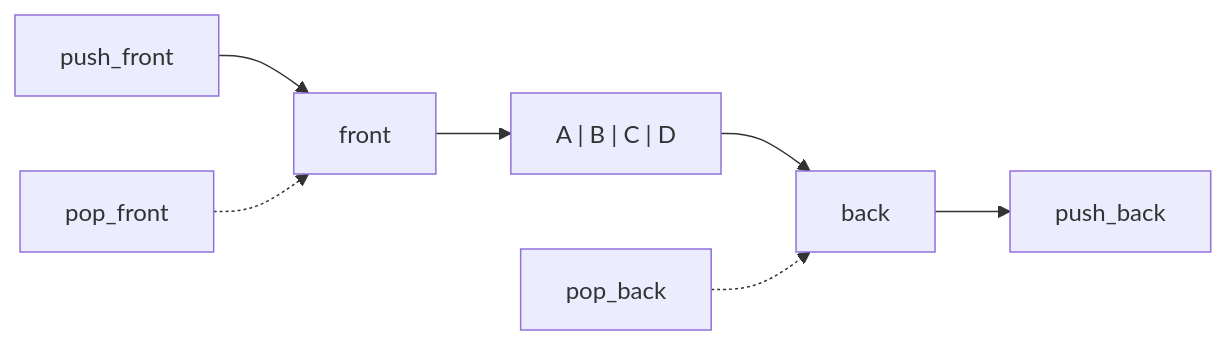
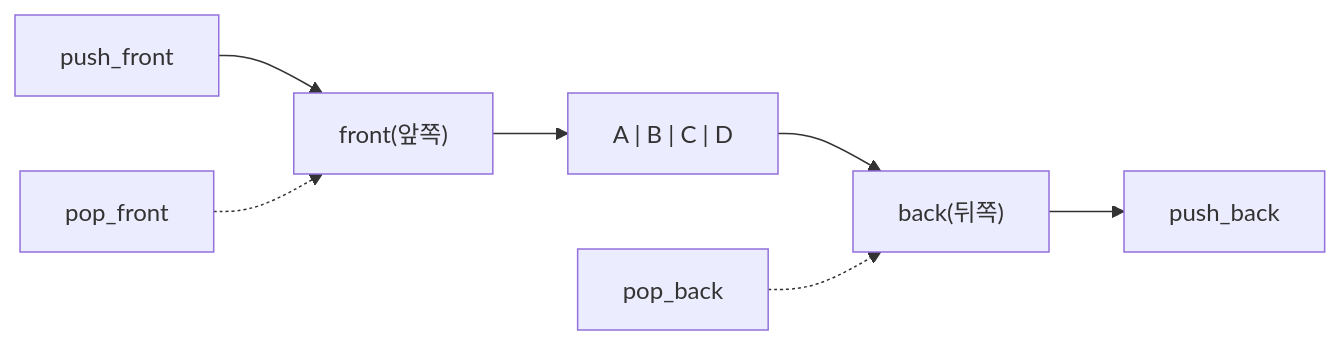
Before and after one commit to mandoobox/mandoobox.github.io: the ninth of 43 diagrams in _posts/cs-note/2026-02-27-data-structure.md, drawn with Mermaid. The commit also changed other lines of this file and 18 other files, not shown here.

````diff
--- a/_posts/cs-note/2026-02-27-data-structure.md
+++ b/_posts/cs-note/2026-02-27-data-structure.md
@@ -247,9 +247,9 @@
 ```mermaid
 flowchart LR
   FL[push_front] --> FRONT
-  FRONT["front"] --> DEQ["A | B | C | D"]
-  DEQ --> BACK["back"]
+  FRONT["front(앞쪽)"] --> DEQ["A | B | C | D"]
+  DEQ --> BACK["back(뒤쪽)"]
   BACK --> RL[push_back]
   FR[pop_front] -.-> FRONT
   RR[pop_back] -.-> BACK
 ```
````
